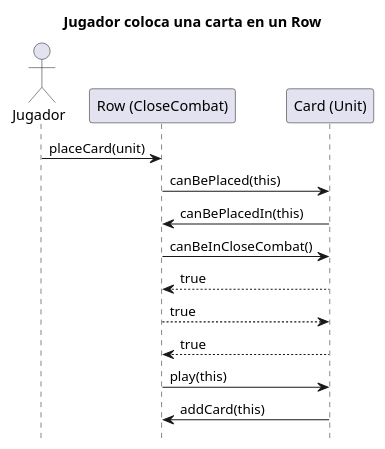
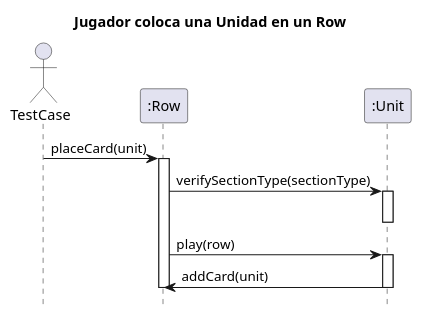
The diagram in diagrams/sequences/JugadorColocandoUnaCartaEnRow.plantuml (Yonhir/algo3_proyecto_base_tp2), drawn with PlantUML before and after one commit. The commit also changed 45 other files, not shown here.

Commit message:
Issue-25 - Profe Request: Crear SectionType. Añadirlo en Card, Row and SpeciaZone. (#37)

```diff
--- a/diagrams/sequences/JugadorColocandoUnaCartaEnRow.plantuml
+++ b/diagrams/sequences/JugadorColocandoUnaCartaEnRow.plantuml
@@ -1,22 +1,21 @@
 @startuml
 
 hide footbox
-title Jugador coloca una carta en un Row
+title Jugador coloca una Unidad en un Row
 
-actor Jugador
+actor TestCase
+participant ":Row" as row
+participant ":Unit" as unit
 
-participant "Row (CloseCombat)" as row
-participant "Card (Unit)" as unit
+TestCase -> row : placeCard(unit)
+    activate row
+    row -> unit : verifySectionType(sectionType)
+        activate unit
+        deactivate unit
 
-Jugador -> row : placeCard(unit)
-row -> unit : canBePlaced(this)
-unit -> row : canBePlacedIn(this)
-row -> unit : canBeInCloseCombat()
-
-unit --> row : true
-row --> unit : true
-unit --> row : true
-
-row -> unit : play(this)
-unit -> row : addCard(this)
+    row -> unit : play(row)
+        activate unit
+        unit -> row : addCard(unit)
+        deactivate unit
+    deactivate row
 @enduml
```
